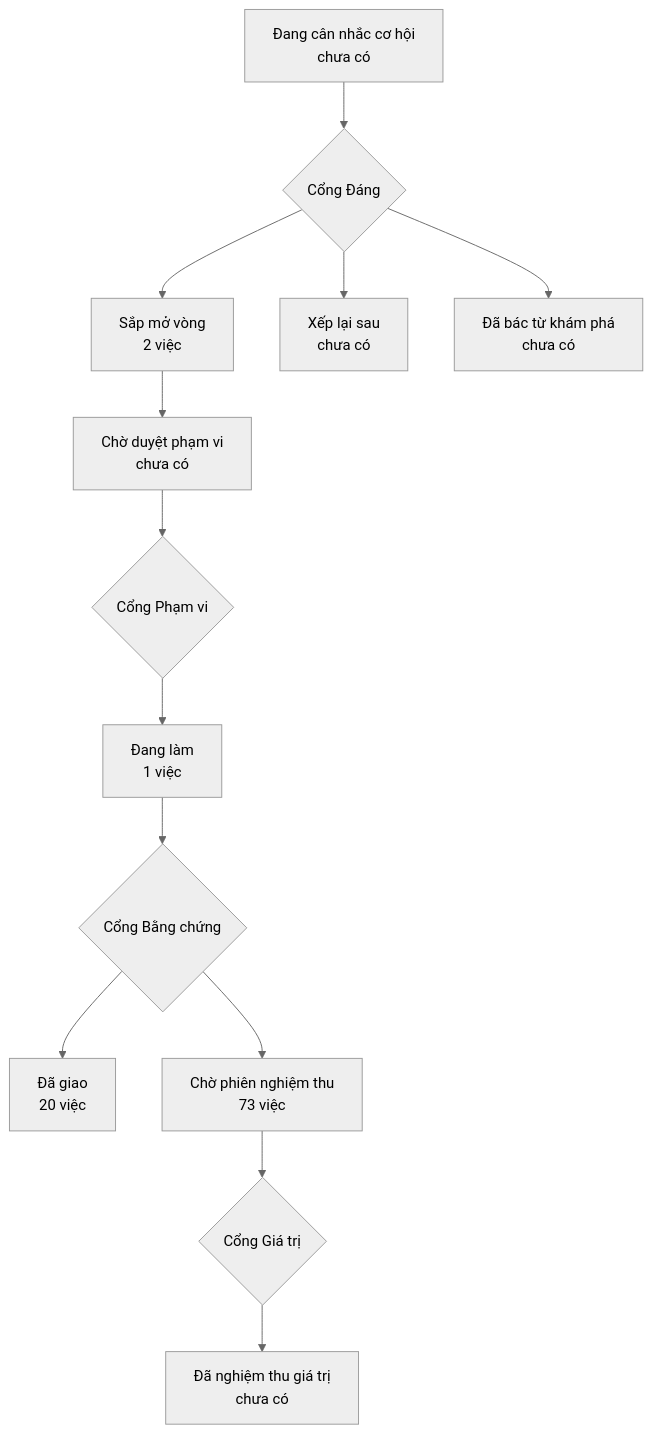
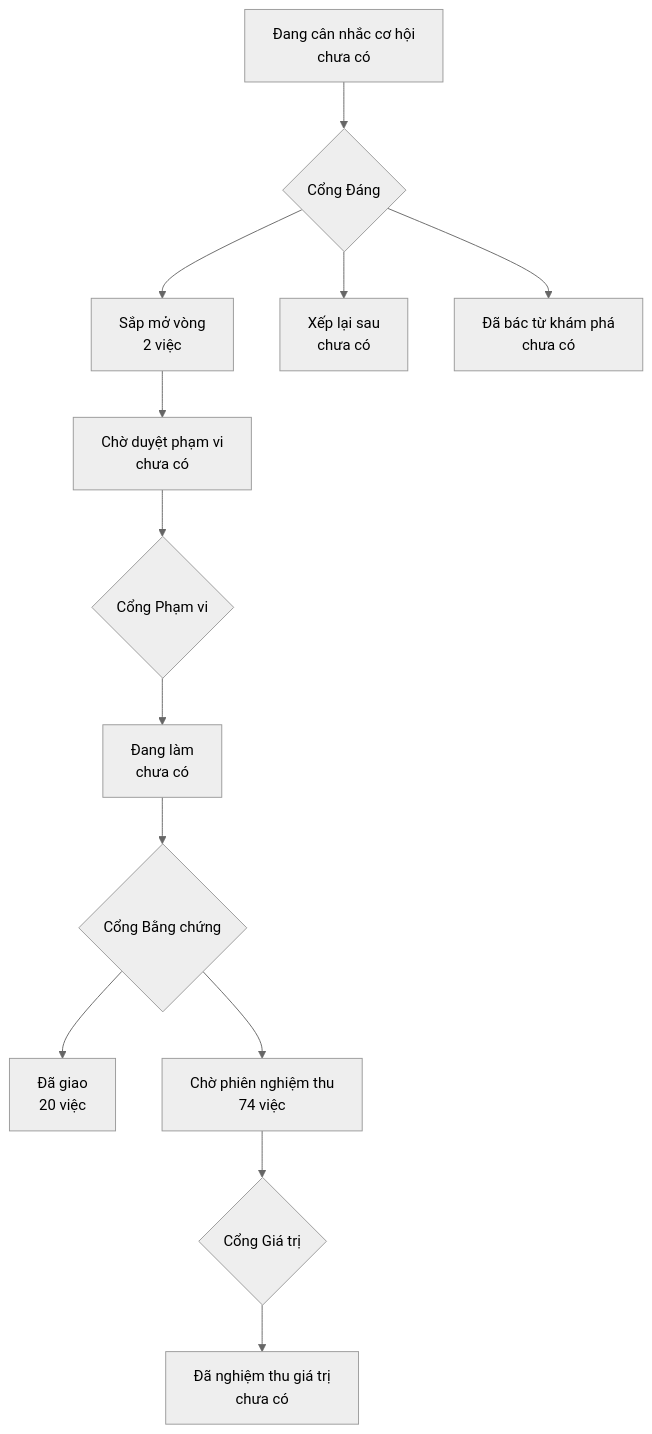
The diagram in PRODUCT-MAP.md (phanlemanh/onehub-quy-hang), drawn with Mermaid (neutral theme) before and after one commit. The commit also changed other lines of this file and 4 other files, not shown here.

````diff
--- a/PRODUCT-MAP.md
+++ b/PRODUCT-MAP.md
@@ -7,12 +7,12 @@
 ```mermaid
 flowchart TD
   A["Đang cân nhắc cơ hội<br/>chưa có"] --> GD{"Cổng Đáng"}
   GD --> B["Sắp mở vòng<br/>2 việc"]
   GD --> XL["Xếp lại sau<br/>chưa có"]
   GD --> DB["Đã bác từ khám phá<br/>chưa có"]
   B --> CD["Chờ duyệt phạm vi<br/>chưa có"] --> GP{"Cổng Phạm vi"}
-  GP --> DL["Đang làm<br/>1 việc"] --> GB{"Cổng Bằng chứng"}
+  GP --> DL["Đang làm<br/>chưa có"] --> GB{"Cổng Bằng chứng"}
   GB --> DG["Đã giao<br/>20 việc"]
-  GB --> CN["Chờ phiên nghiệm thu<br/>73 việc"] --> GG{"Cổng Giá trị"}
+  GB --> CN["Chờ phiên nghiệm thu<br/>74 việc"] --> GG{"Cổng Giá trị"}
   GG --> NT["Đã nghiệm thu giá trị<br/>chưa có"]
 ```
````
